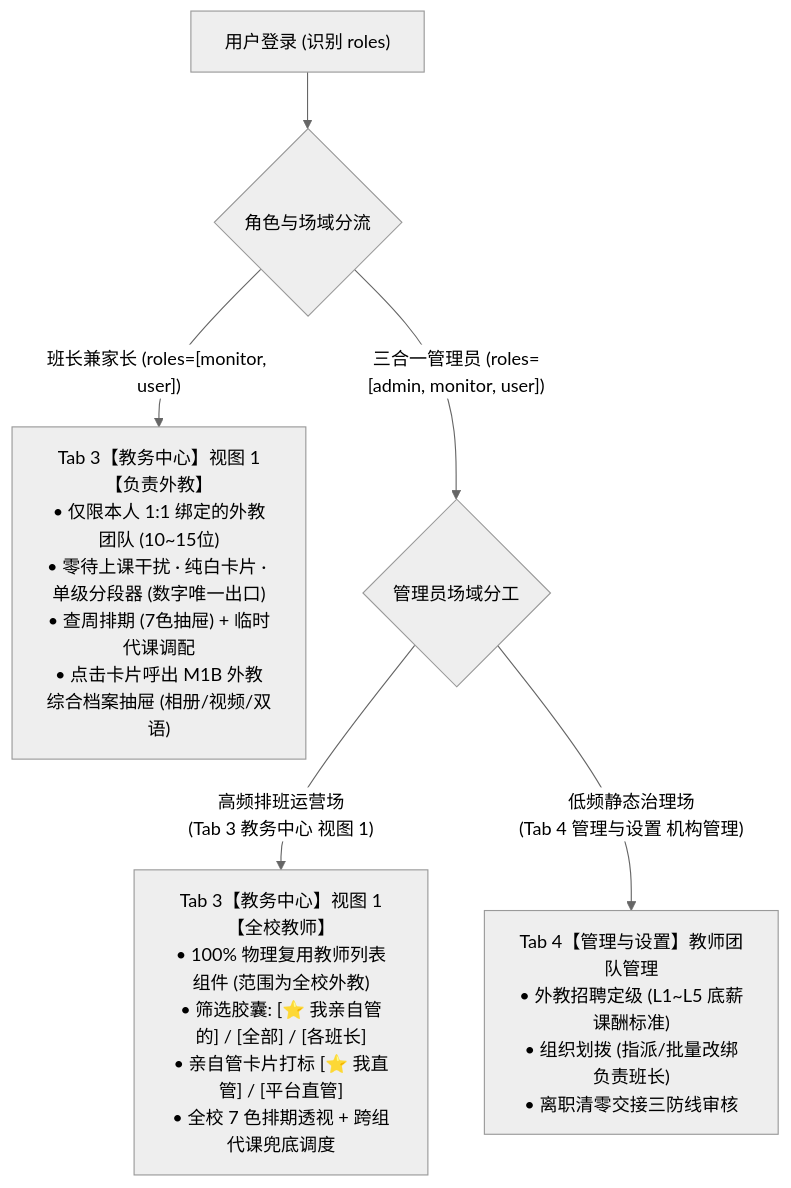
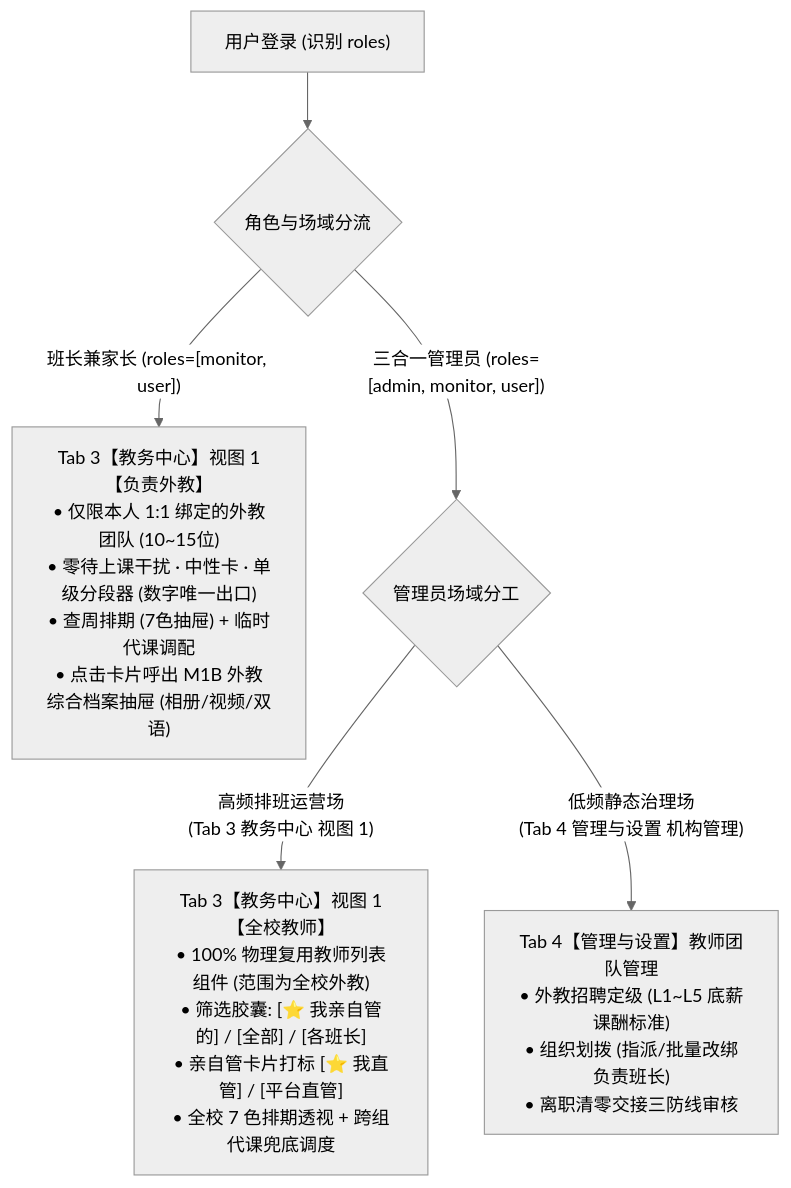
Before and after one commit to Onezao/dream: the sixth of 7 diagrams in docs/prd/m1b_teacher_profile.md, drawn with Mermaid (neutral theme). The commit also changed other lines of this file and 37 other files, not shown here.

````diff
--- a/docs/prd/m1b_teacher_profile.md
+++ b/docs/prd/m1b_teacher_profile.md
@@ -180,12 +180,12 @@
 ```mermaid
 flowchart TD
     LoginUser["用户登录 (识别 roles)"] --> RoleRouter{"角色与场域分流"}
     
-    RoleRouter -->|"班长兼家长 (roles=[monitor, user])"| MonitorTab3["Tab 3【教务中心】视图 1【负责外教】<br/>• 仅限本人 1:1 绑定的外教团队 (10~15位)<br/>• 零待上课干扰 · 纯白卡片 · 单级分段器 (数字唯一出口)<br/>• 查周排期 (7色抽屉) + 临时代课调配<br/>• 点击卡片呼出 M1B 外教综合档案抽屉 (相册/视频/双语)"]
+    RoleRouter -->|"班长兼家长 (roles=[monitor, user])"| MonitorTab3["Tab 3【教务中心】视图 1【负责外教】<br/>• 仅限本人 1:1 绑定的外教团队 (10~15位)<br/>• 零待上课干扰 · 中性卡 · 单级分段器 (数字唯一出口)<br/>• 查周排期 (7色抽屉) + 临时代课调配<br/>• 点击卡片呼出 M1B 外教综合档案抽屉 (相册/视频/双语)"]
     
     RoleRouter -->|"三合一管理员 (roles=[admin, monitor, user])"| AdminField{"管理员场域分工"}
     
     AdminField -->|"高频排班运营场<br/>(Tab 3 教务中心 视图 1)"| AdminTab3["Tab 3【教务中心】视图 1【全校教师】<br/>• 100% 物理复用教师列表组件 (范围为全校外教)<br/>• 筛选胶囊: [⭐ 我亲自管的] / [全部] / [各班长]<br/>• 亲自管卡片打标 [⭐ 我直管] / [平台直管]<br/>• 全校 7 色排期透视 + 跨组代课兜底调度"]
     
     AdminField -->|"低频静态治理场<br/>(Tab 4 管理与设置 机构管理)"| AdminTab4["Tab 4【管理与设置】教师团队管理<br/>• 外教招聘定级 (L1~L5 底薪课酬标准)<br/>• 组织划拨 (指派/批量改绑负责班长)<br/>• 离职清零交接三防线审核"]
 ```
````
